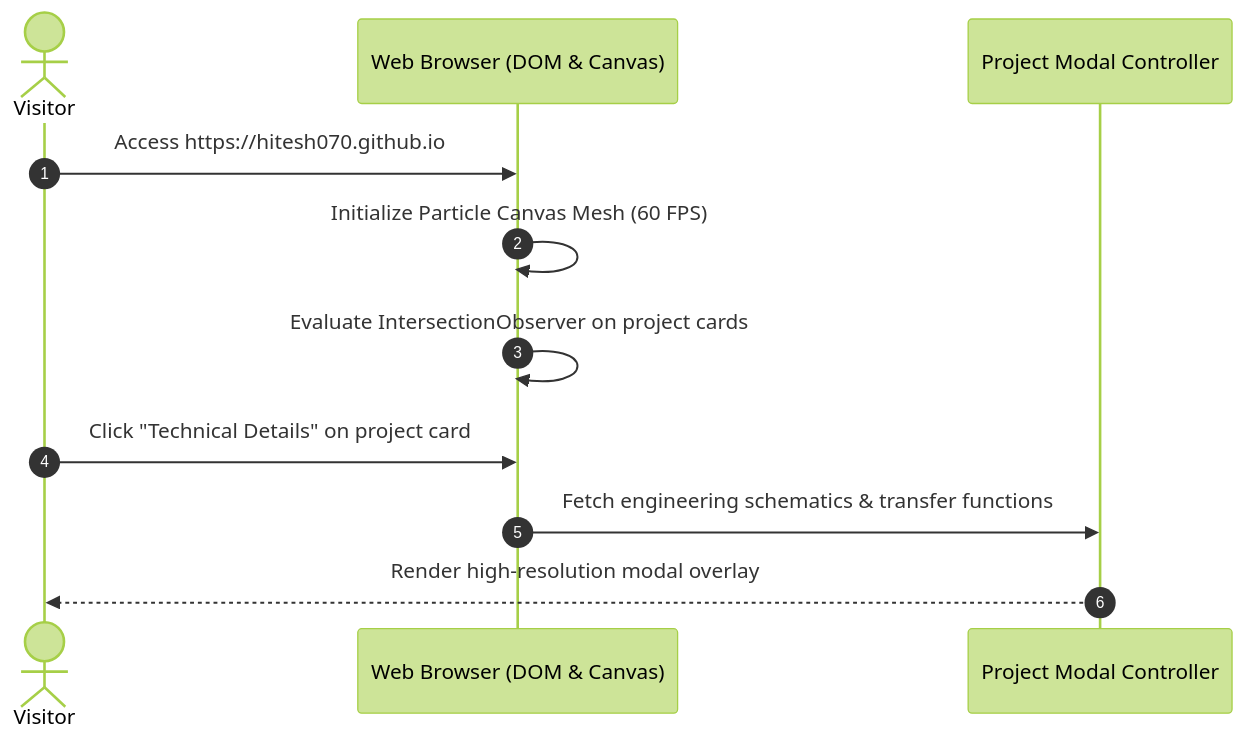
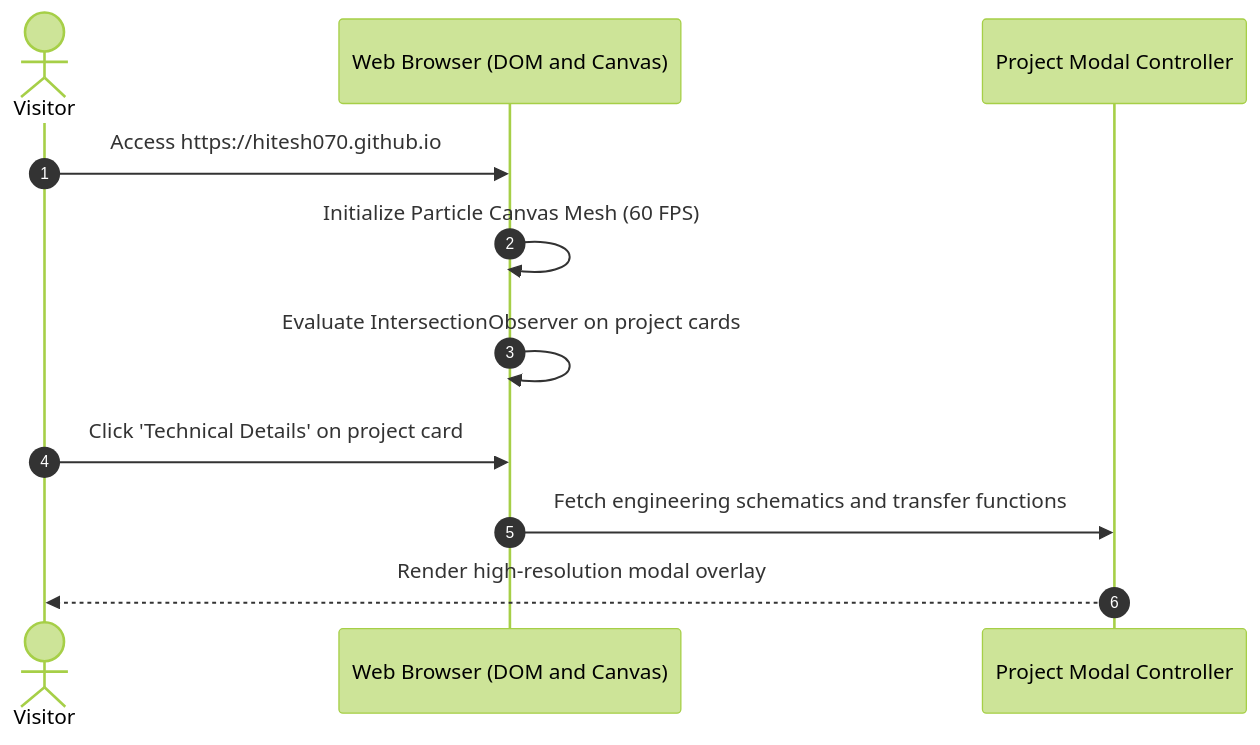
One commit to Hitesh070/Hitesh070.github.io changed the second of 2 diagrams in README.md. Above: the diagram before and after it, drawn with Mermaid (forest theme). The commit also changed other lines of this file, not shown here.

Commit message:
docs(readme): update structure post admin dashboard removal and sanitize mermaid syntax

````diff
--- a/README.md
+++ b/README.md
@@ -199,14 +199,14 @@
 ```mermaid
 sequenceDiagram
     autonumber
     actor Visitor
-    participant Browser as Web Browser (DOM & Canvas)
+    participant Browser as Web Browser (DOM and Canvas)
     participant Modal as Project Modal Controller
 
     Visitor->>Browser: Access https://hitesh070.github.io
     Browser->>Browser: Initialize Particle Canvas Mesh (60 FPS)
     Browser->>Browser: Evaluate IntersectionObserver on project cards
-    Visitor->>Browser: Click "Technical Details" on project card
-    Browser->>Modal: Fetch engineering schematics & transfer functions
+    Visitor->>Browser: Click 'Technical Details' on project card
+    Browser->>Modal: Fetch engineering schematics and transfer functions
     Modal-->>Visitor: Render high-resolution modal overlay
 ```
````
